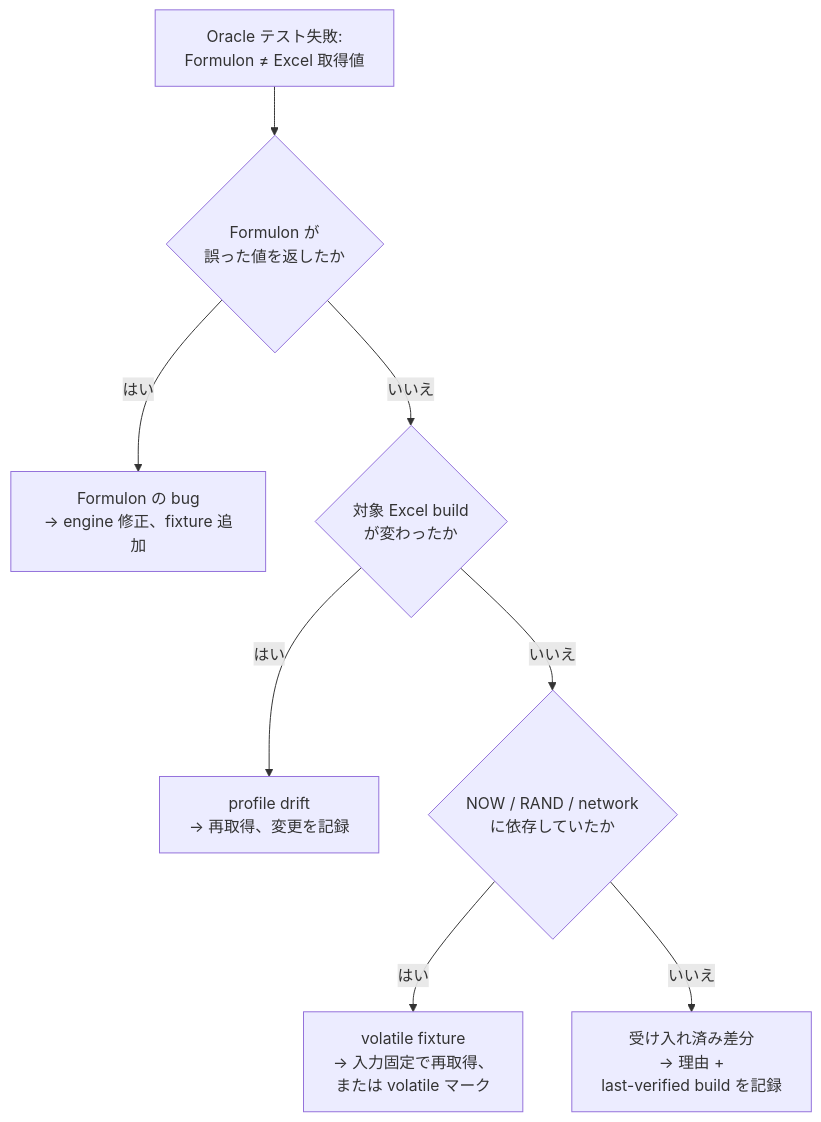
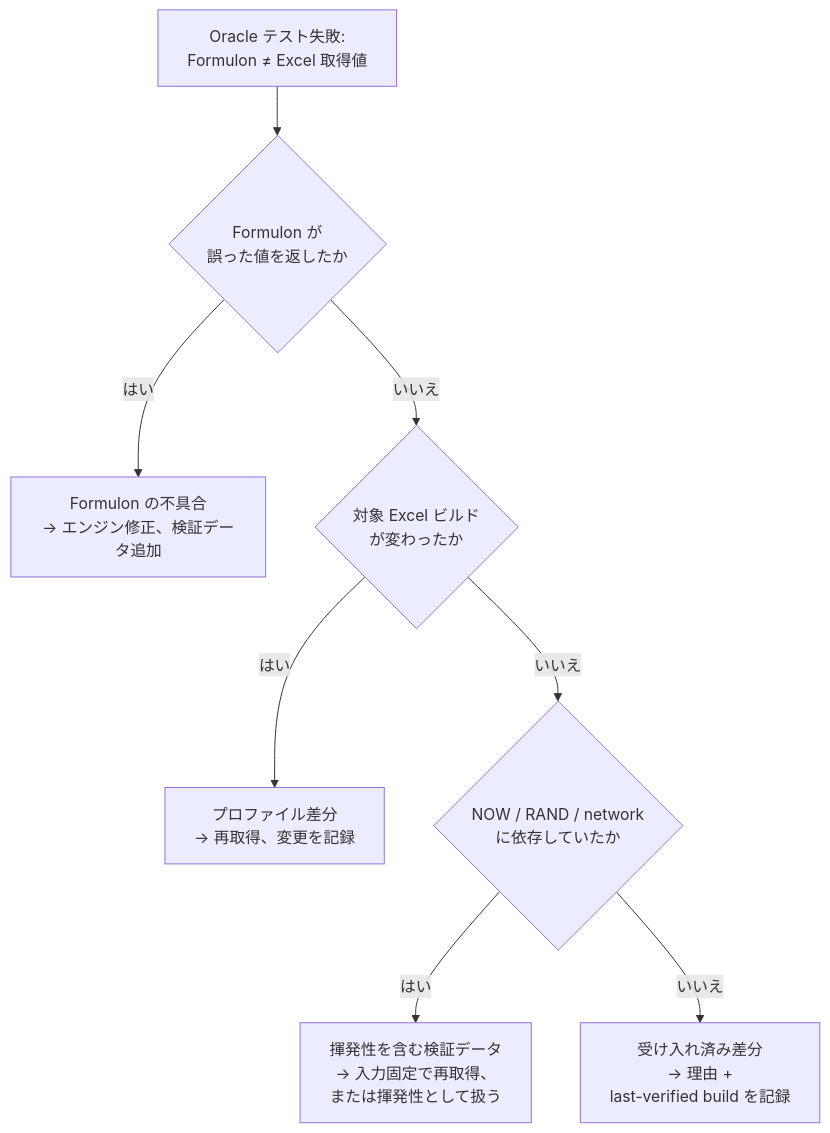
Before and after one commit to libraz/formulon-homepage: the diagram in src/ja/compatibility/oracle-testing.md, drawn with Mermaid. The commit also changed other lines of this file and 36 other files, not shown here.

````diff
--- a/src/ja/compatibility/oracle-testing.md
+++ b/src/ja/compatibility/oracle-testing.md
@@ -19,10 +19,10 @@
 ```mermaid
 flowchart TD
   FAIL[Oracle テスト失敗:<br/>Formulon ≠ Excel 取得値] --> Q1{Formulon が<br/>誤った値を返したか}
-  Q1 -->|はい| BUG[Formulon の bug<br/>→ engine 修正、fixture 追加]
-  Q1 -->|いいえ| Q2{対象 Excel build<br/>が変わったか}
-  Q2 -->|はい| DRIFT[profile drift<br/>→ 再取得、変更を記録]
+  Q1 -->|はい| BUG[Formulon の不具合<br/>→ エンジン修正、検証データ追加]
+  Q1 -->|いいえ| Q2{対象 Excel ビルド<br/>が変わったか}
+  Q2 -->|はい| DRIFT[プロファイル差分<br/>→ 再取得、変更を記録]
   Q2 -->|いいえ| Q3{NOW / RAND / network<br/>に依存していたか}
-  Q3 -->|はい| VOL[volatile fixture<br/>→ 入力固定で再取得、<br/>または volatile マーク]
+  Q3 -->|はい| VOL[揮発性を含む検証データ<br/>→ 入力固定で再取得、<br/>または揮発性として扱う]
   Q3 -->|いいえ| ACC[受け入れ済み差分<br/>→ 理由 +<br/>last-verified build を記録]
 ```
````
